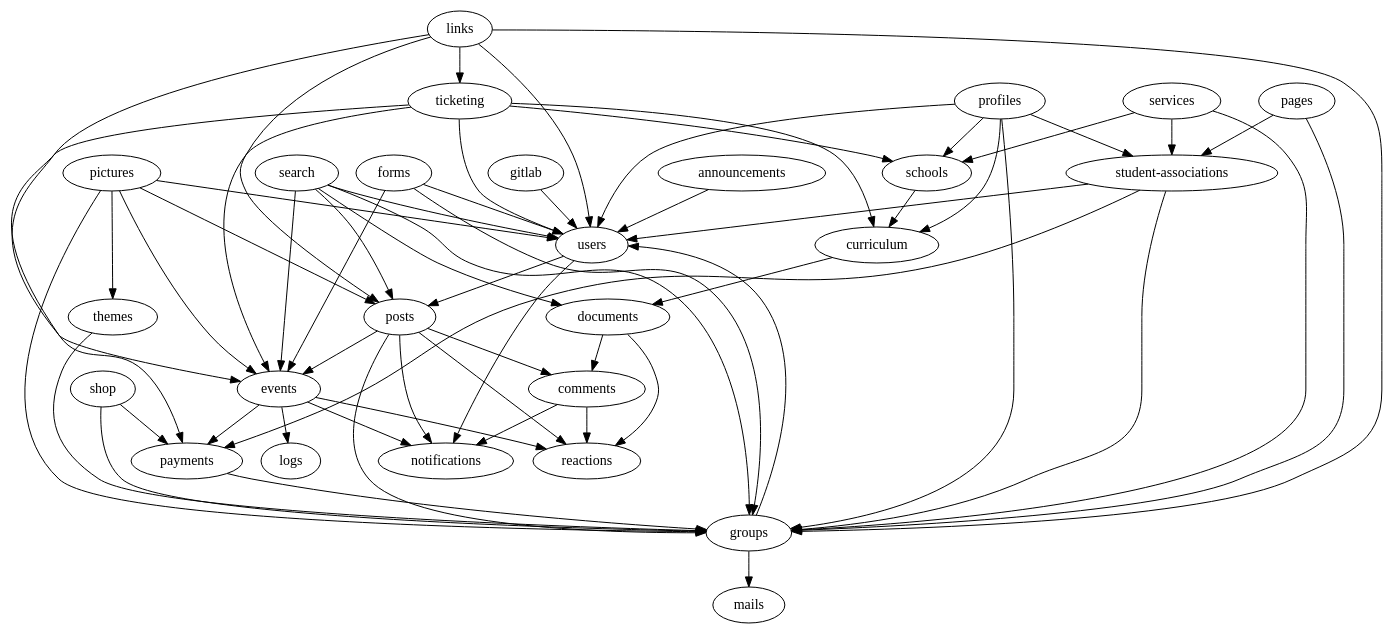
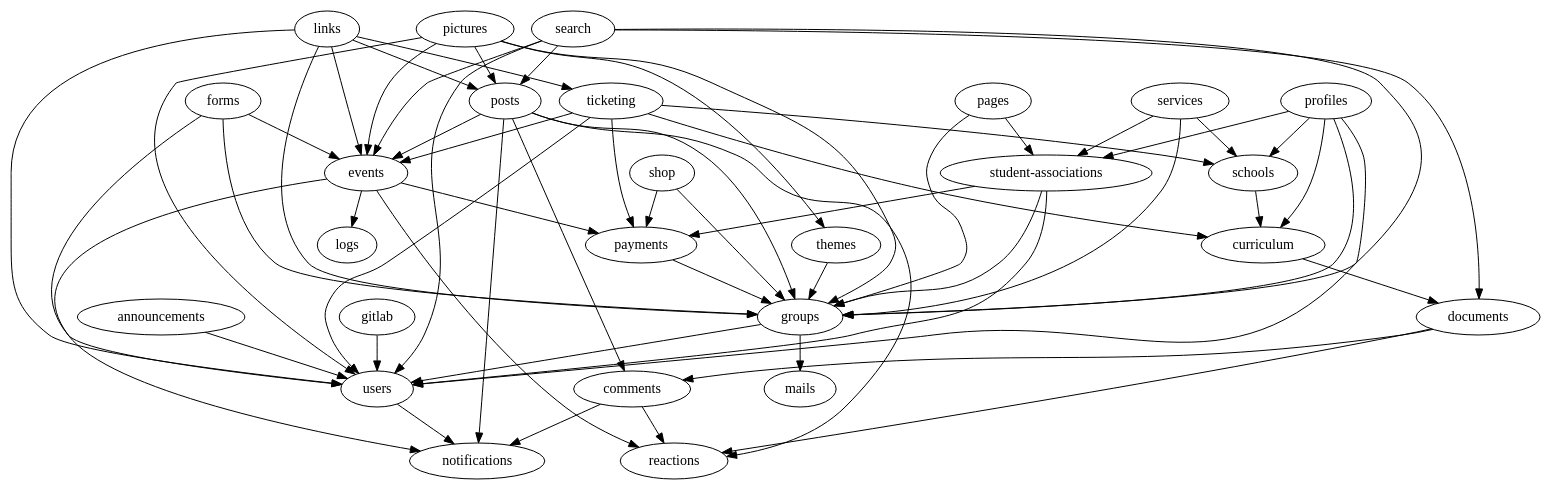
One commit to inp-net/churros changed the diagram in packages/api/scripts/modules-import-graph.dot. Above: the diagram before and after it, drawn with Graphviz. The commit also changed 4 other files, not shown here.

```diff
--- a/packages/api/scripts/modules-import-graph.dot
+++ b/packages/api/scripts/modules-import-graph.dot
@@ -1,63 +1,62 @@
 strict digraph ImportGraph {
     "announcements" -> "users";
     "comments" -> "notifications";
     "comments" -> "reactions";
     "curriculum" -> "documents";
     "documents" -> "comments";
     "documents" -> "reactions";
     "events" -> "logs";
     "events" -> "notifications";
     "events" -> "payments";
     "events" -> "reactions";
     "forms" -> "events";
     "forms" -> "groups";
     "forms" -> "users";
     "gitlab" -> "users";
     "groups" -> "mails";
     "groups" -> "users";
     "links" -> "events";
     "links" -> "groups";
     "links" -> "posts";
     "links" -> "ticketing";
     "links" -> "users";
     "pages" -> "groups";
     "pages" -> "student-associations";
     "payments" -> "groups";
     "pictures" -> "events";
     "pictures" -> "groups";
     "pictures" -> "posts";
     "pictures" -> "themes";
     "pictures" -> "users";
     "posts" -> "comments";
     "posts" -> "events";
     "posts" -> "groups";
     "posts" -> "notifications";
     "posts" -> "reactions";
     "profiles" -> "curriculum";
     "profiles" -> "groups";
     "profiles" -> "schools";
     "profiles" -> "student-associations";
     "profiles" -> "users";
     "schools" -> "curriculum";
     "search" -> "documents";
     "search" -> "events";
     "search" -> "groups";
     "search" -> "posts";
     "search" -> "users";
     "services" -> "groups";
     "services" -> "schools";
     "services" -> "student-associations";
     "shop" -> "groups";
     "shop" -> "payments";
     "student-associations" -> "groups";
     "student-associations" -> "payments";
     "student-associations" -> "users";
     "themes" -> "groups";
     "ticketing" -> "curriculum";
     "ticketing" -> "events";
     "ticketing" -> "payments";
     "ticketing" -> "schools";
     "ticketing" -> "users";
     "users" -> "notifications";
-    "users" -> "posts";
 }
```
